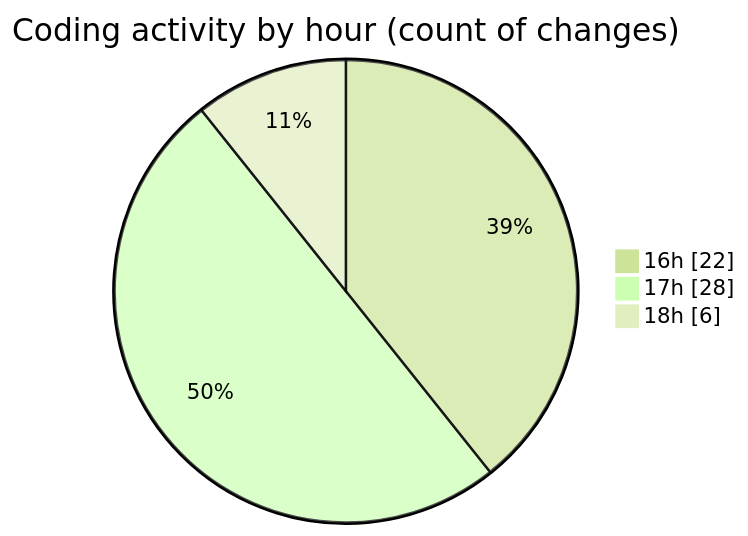
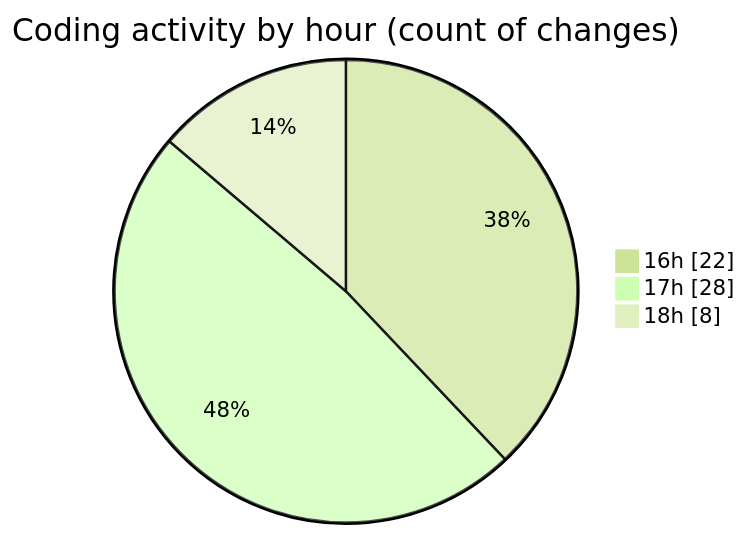
The second of 2 diagrams in 2026-02-17/bot_v1_2/README.md (becaeroporto-bot/code-tracking), drawn with Mermaid (forest theme) before and after one commit. The commit also changed other lines of this file and 1 other file, not shown here.

````diff
--- a/2026-02-17/bot_v1_2/README.md
+++ b/2026-02-17/bot_v1_2/README.md
@@ -47,7 +49,7 @@
 ```mermaid
 pie showData
 title Coding activity by hour (count of changes)
 "16h" : 22
 "17h" : 28
-"18h" : 6
+"18h" : 8
 ```
````
